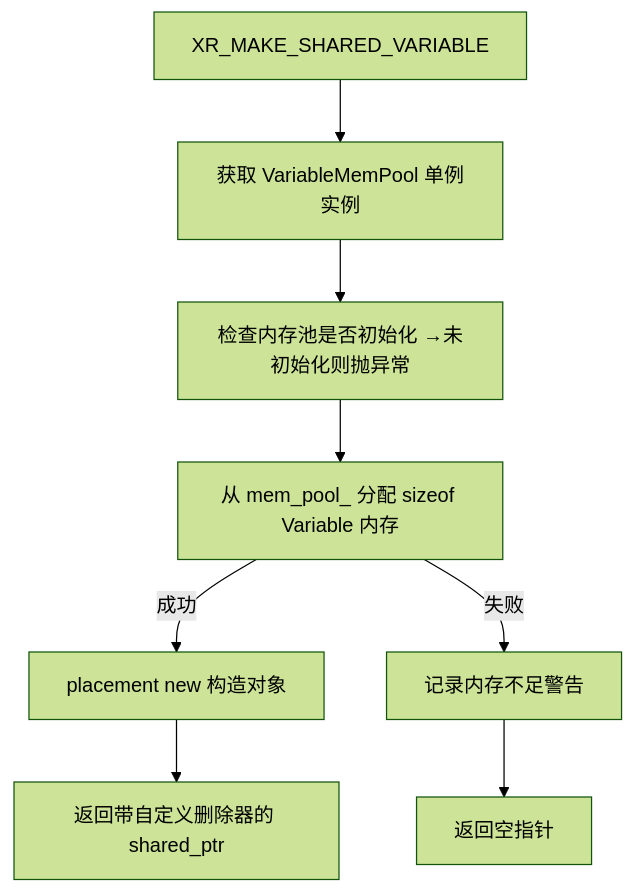
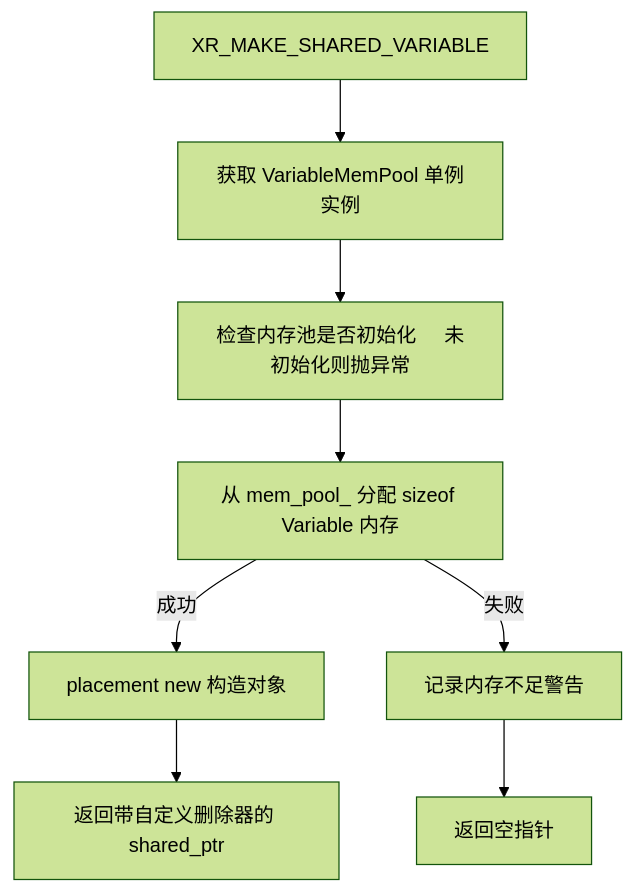
The diagram in all/未命名-5.md (huzixuan1/iodraw-files), drawn with Mermaid (forest theme) before and after one commit.

Commit message:
2025-05-21 17:03:50 update

````diff
--- a/all/未命名-5.md
+++ b/all/未命名-5.md
@@ -1,16 +1,16 @@
 ```mermaid
 graph TD
   A[XR_MAKE_SHARED_VARIABLE]
   B[获取 VariableMemPool 单例实例]
-  C[检查内存池是否初始化 →未初始化则抛异常]
+  C[检查内存池是否初始化     未初始化则抛异常]
   D[从 mem_pool_ 分配 sizeof Variable 内存]
   E1[placement new 构造对象]
   E2[记录内存不足警告]
   F1[返回带自定义删除器的 shared_ptr]
   F2[返回空指针]
 
   A --> B --> C --> D
   D -->|成功| E1 --> F1
   D -->|失败| E2 --> F2
 
 ```
````
